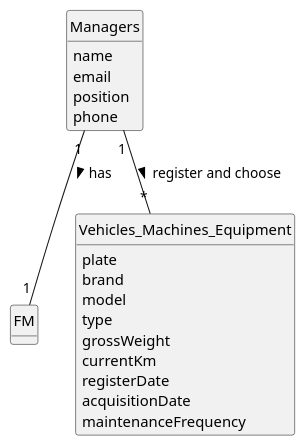
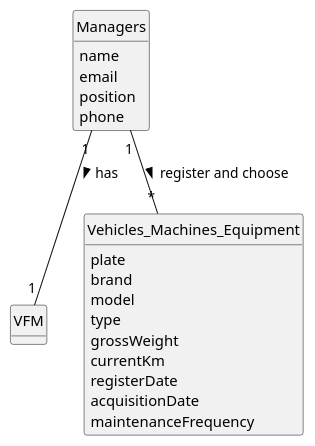
Before and after one commit to Departamento-de-Engenharia-Informatica/lei-24-s2-1df-1de-g063: the diagram in docs/sprintA/us006/02.analysis/puml/us006-domain-model.puml, drawn with PlantUML. The commit also changed 18 other files, not shown here.

```diff
--- a/docs/sprintA/us006/02.analysis/puml/us006-domain-model.puml
+++ b/docs/sprintA/us006/02.analysis/puml/us006-domain-model.puml
@@ -1,56 +1,56 @@
 @startuml
 skinparam monochrome true
 skinparam packageStyle rectangle
 skinparam shadowing false
 
 'left to right direction
 
 skinparam classAttributeIconSize 0
 
 hide circle
 hide methods
 
 'title Domain Model
 
 'class Platform {
 '  -description
 '}
 
-class FM {
+class VFM {
 
 }
 
 class Managers {
     name
     email
     position
     phone
 }
 
 
 class Vehicles_Machines_Equipment {
     plate
     brand
     model
     type
     grossWeight
     currentKm
     registerDate
     acquisitionDate
     maintenanceFrequency
 }
 
 'class User {
 '    name
 '    email
 '    password
 '}
 
 'Platform "1" -- "*" FM : has registered >
 
 Managers "1"-- "*"Vehicles_Machines_Equipment: register and choose >
 
-Managers "1" -- "1"FM: has >
+Managers "1" -- "1"VFM: has >
 
 
 @enduml
```
